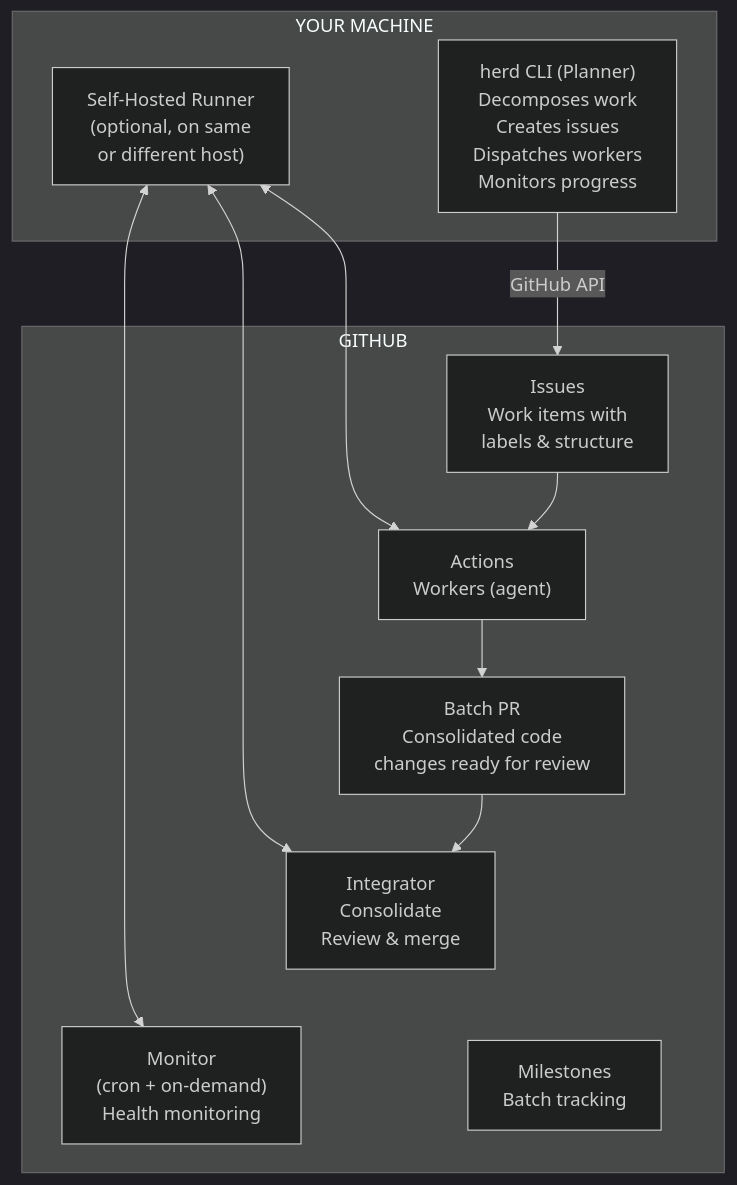
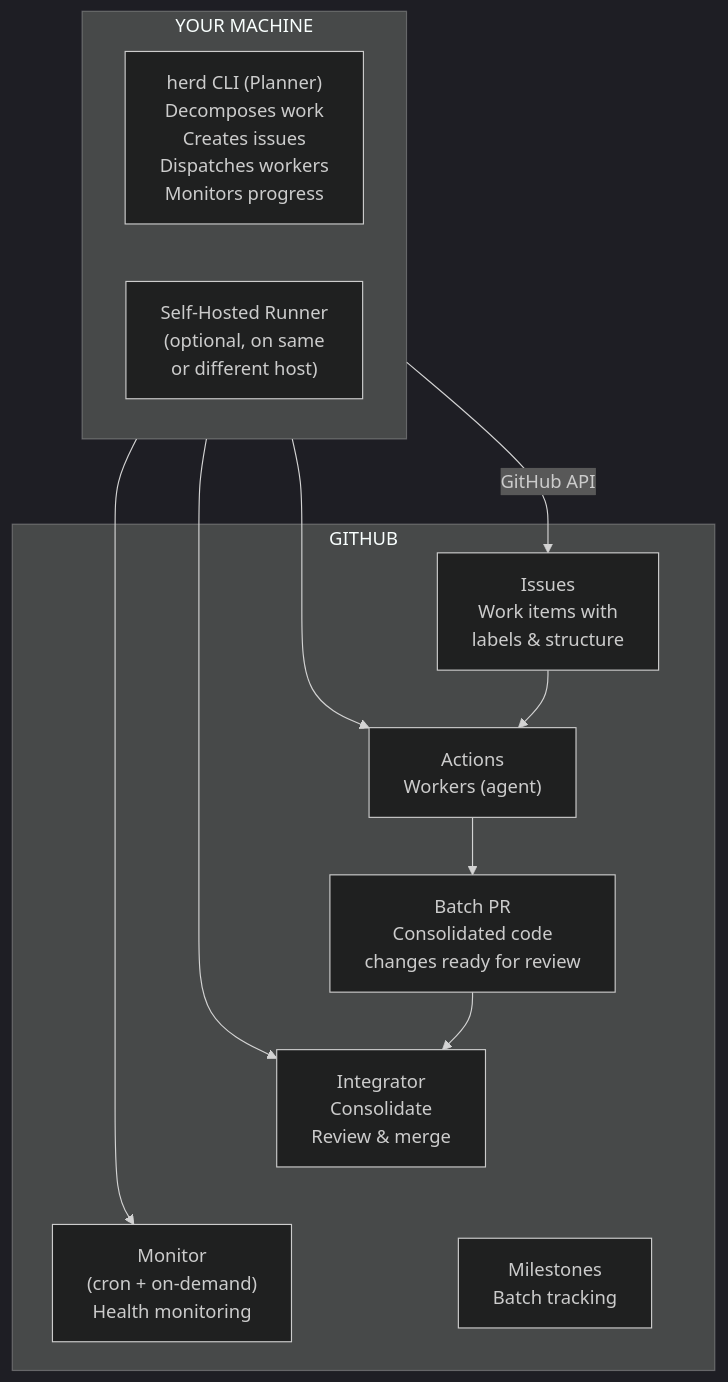
The first of 5 diagrams in docs/design/architecture.md (Herd-OS/herd), drawn with Mermaid (dark theme) before and after one commit.

Commit message:
fix: remove double-headed arrows to Self-Hosted Runner in architecture diagram
Replace bidirectional arrows (<-->) between Self-Hosted Runner and
Actions/Integrator/Monitor with single-direction arrows (-->). Add
direction LR to the YOUR MACHINE subgraph to ensure Self-Hosted Runner
appears on the right.

Closes #341

````diff
--- a/docs/design/architecture.md
+++ b/docs/design/architecture.md
@@ -7,27 +7,28 @@
 ```mermaid
 graph TD
     subgraph Local["YOUR MACHINE"]
+        direction LR
         CLI["herd CLI (Planner)<br>Decomposes work<br>Creates issues<br>Dispatches workers<br>Monitors progress"]
         Runner["Self-Hosted Runner<br>(optional, on same<br>or different host)"]
     end
 
     subgraph Cloud["GITHUB"]
         Issues["Issues<br>Work items with<br>labels & structure"]
         Actions["Actions<br>Workers (agent)"]
         BatchPR["Batch PR<br>Consolidated code<br>changes ready for review"]
         Integrator["Integrator<br>Consolidate<br>Review & merge"]
         Monitor["Monitor<br>(cron + on-demand)<br>Health monitoring"]
         Milestones["Milestones<br>Batch tracking"]
 
         Issues --> Actions
         Actions --> BatchPR
         BatchPR --> Integrator
         Integrator ~~~ Monitor
         Integrator ~~~ Milestones
     end
 
     CLI -->|GitHub API| Issues
-    Runner <--> Actions
-    Runner <--> Integrator
-    Runner <--> Monitor
+    Runner --> Actions
+    Runner --> Integrator
+    Runner --> Monitor
 ```
````
